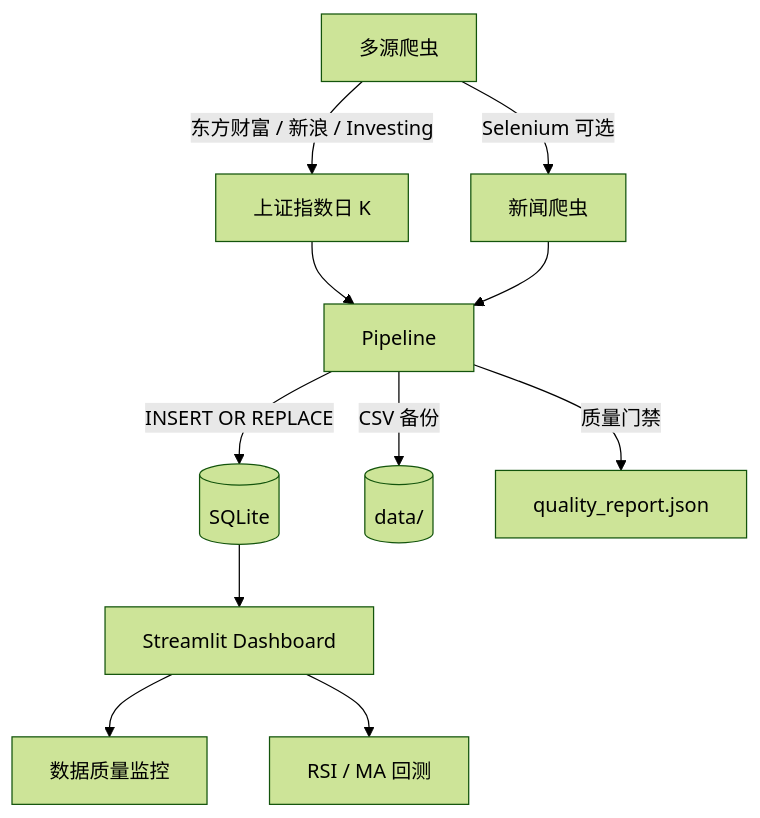
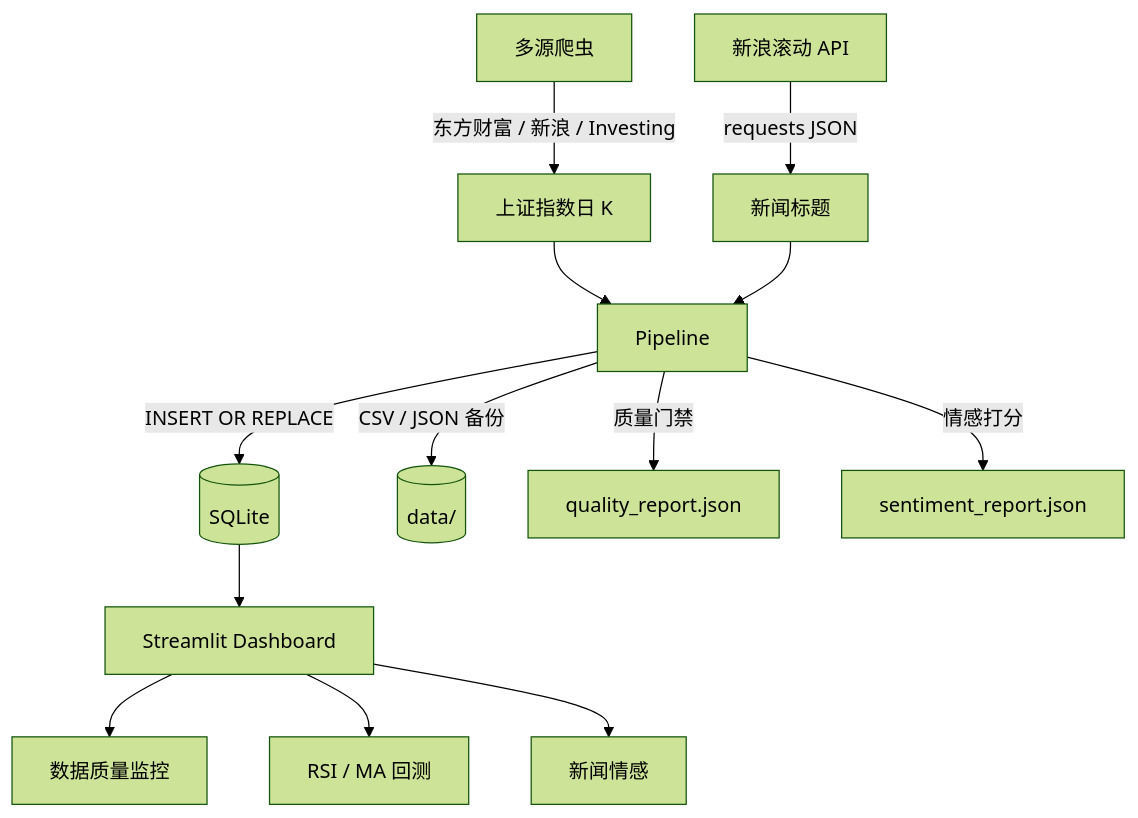
Before and after one commit to dooorr/stock-quant-analysis: the diagram in README.md, drawn with Mermaid (forest theme). The commit also changed other lines of this file and 8 other files, not shown here.

````diff
--- a/README.md
+++ b/README.md
@@ -17,13 +18,15 @@
 ```mermaid
 flowchart TD
     A[多源爬虫] -->|东方财富 / 新浪 / Investing| B[上证指数日 K]
-    A -->|Selenium 可选| C[新闻爬虫]
+    N[新浪滚动 API] -->|requests JSON| C[新闻标题]
     B --> D[Pipeline]
     C --> D
     D -->|INSERT OR REPLACE| E[(SQLite)]
-    D -->|CSV 备份| F[(data/)]
+    D -->|CSV / JSON 备份| F[(data/)]
     D -->|质量门禁| G[quality_report.json]
+    D -->|情感打分| S[sentiment_report.json]
     E --> H[Streamlit Dashboard]
     H --> I[数据质量监控]
     H --> J[RSI / MA 回测]
+    H --> K[新闻情感]
 ```
````
